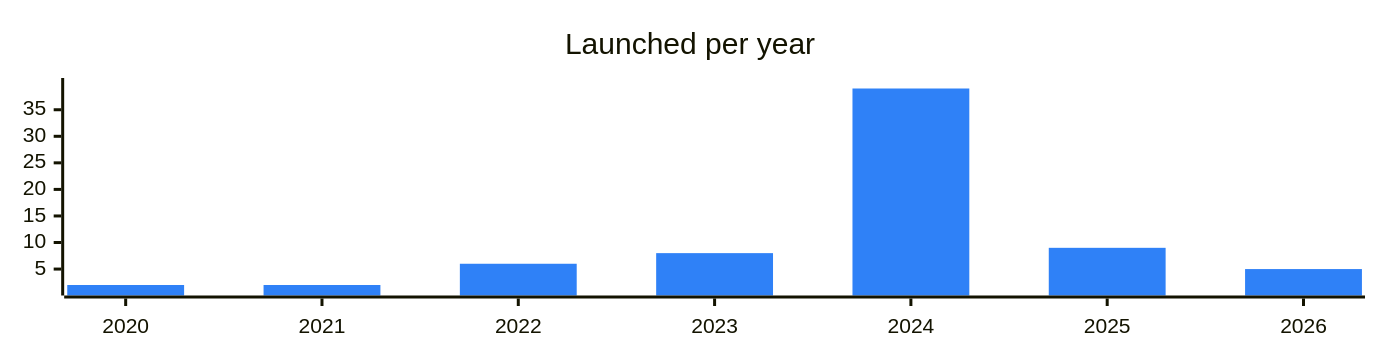
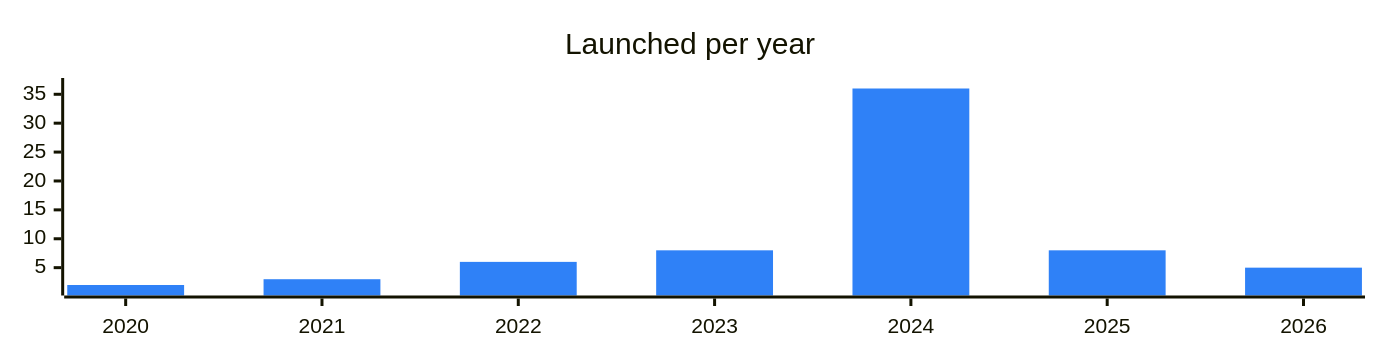
The diagram in categories/dex.md (vitalikgpt/gram-ecosystem), drawn with Mermaid before and after one commit. The commit also changed other lines of this file and 71 other files, not shown here.

````diff
--- a/categories/dex.md
+++ b/categories/dex.md
@@ -7,7 +7,7 @@
 ```mermaid
 %%{init: {"xyChart": {"width": 900, "height": 220}, "themeVariables": {"xyChart": {"plotColorPalette": "#2f81f7"}}}}%%
 xychart-beta
   title "Launched per year"
   x-axis ["2020", "2021", "2022", "2023", "2024", "2025", "2026"]
-  bar [2, 2, 6, 8, 39, 9, 5]
+  bar [2, 3, 6, 8, 36, 8, 5]
 ```
````
